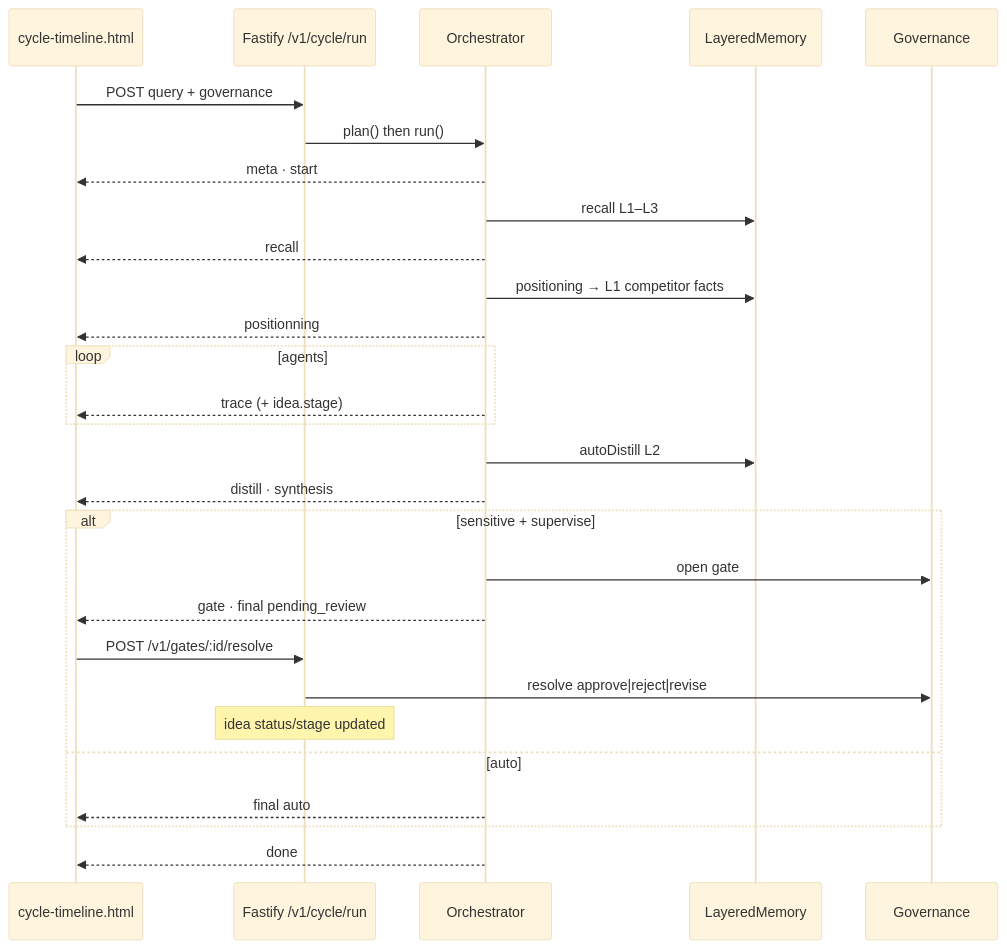
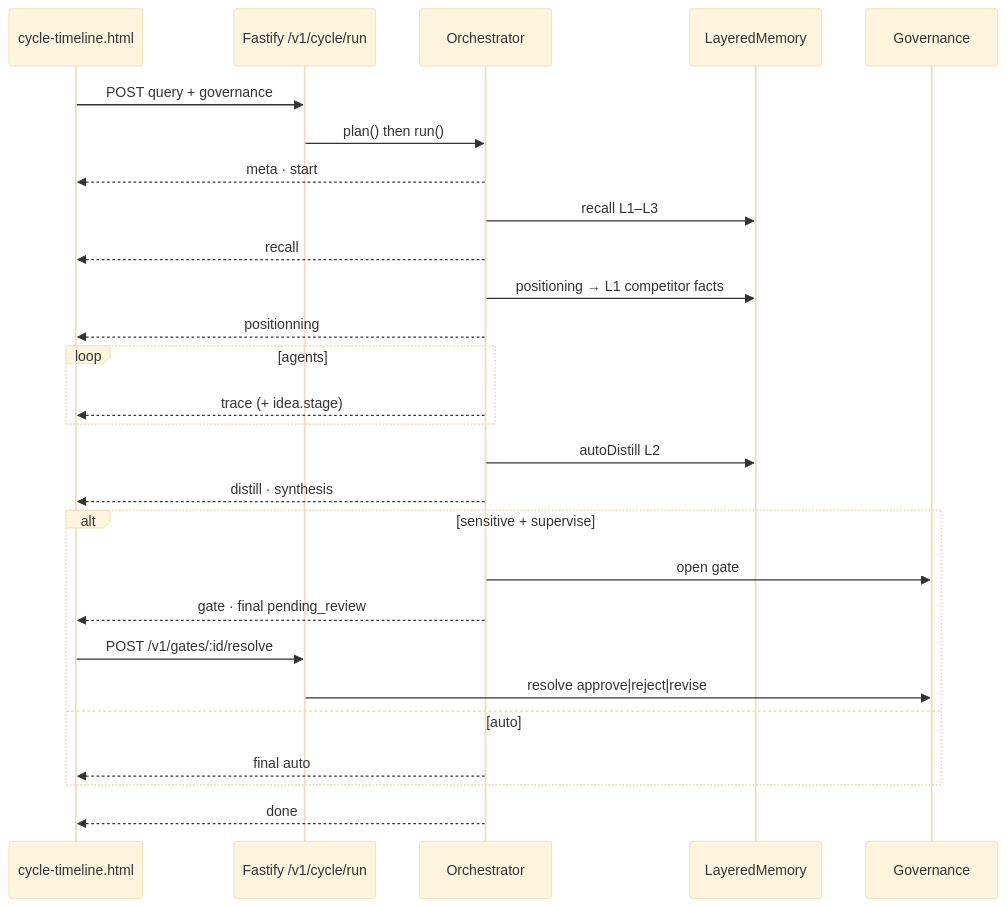
One commit to Geoking2104/KayrosLab changed the second of 4 diagrams in README.md. Above: the diagram before and after it, drawn with Mermaid (base theme). The commit also changed other lines of this file, not shown here.

````diff
--- a/README.md
+++ b/README.md
@@ -60,31 +182,30 @@
 ```mermaid
 sequenceDiagram
   participant UI as cycle-timeline.html
   participant API as Fastify /v1/cycle/run
   participant ORCH as Orchestrator
   participant MEM as LayeredMemory
   participant GOV as Governance
 
   UI->>API: POST query + governance
   API->>ORCH: plan() then run()
   ORCH-->>UI: meta · start
   ORCH->>MEM: recall L1–L3
   ORCH-->>UI: recall
   ORCH->>MEM: positioning → L1 competitor facts
   ORCH-->>UI: positionning
   loop agents
     ORCH-->>UI: trace (+ idea.stage)
   end
   ORCH->>MEM: autoDistill L2
   ORCH-->>UI: distill · synthesis
   alt sensitive + supervise
     ORCH->>GOV: open gate
     ORCH-->>UI: gate · final pending_review
     UI->>API: POST /v1/gates/:id/resolve
     API->>GOV: resolve approve|reject|revise
-    Note over API: idea status/stage updated
   else auto
     ORCH-->>UI: final auto
   end
   ORCH-->>UI: done
 ```
````
